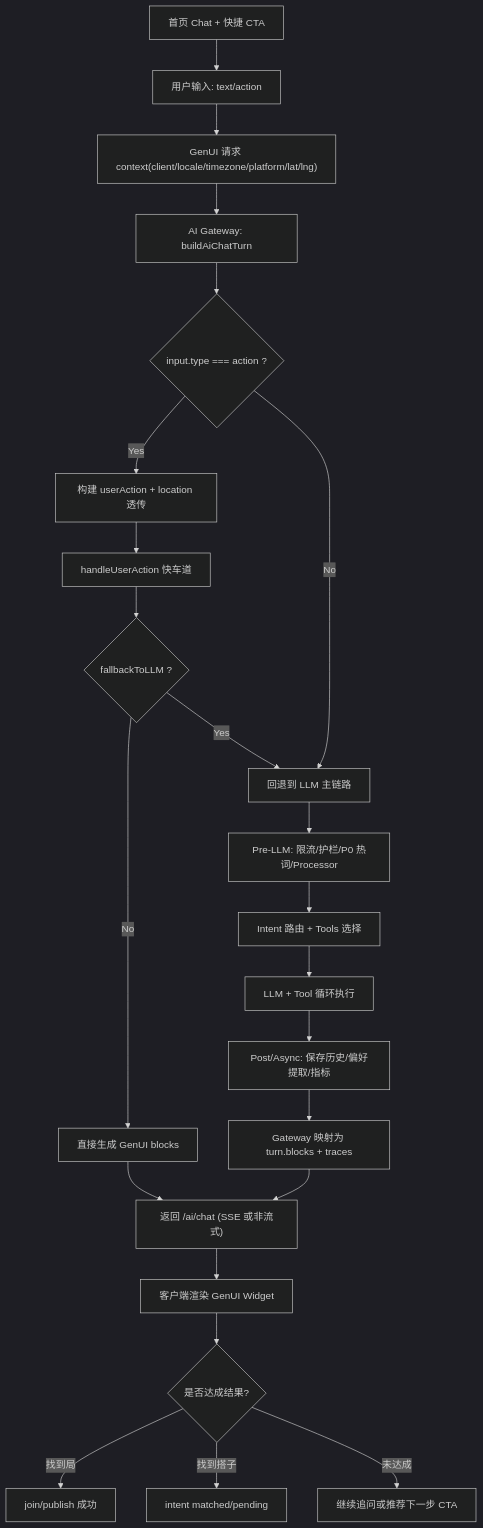
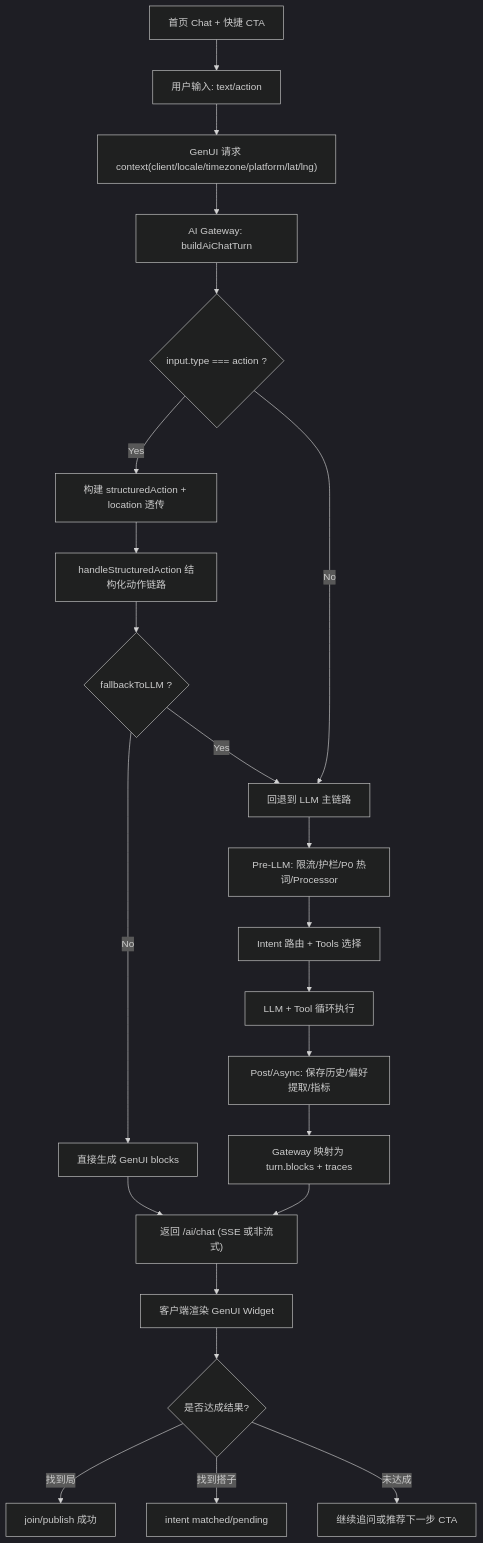
One commit to sylasxu/xu changed the first of 4 diagrams in docs/TAD.md. Above: the diagram before and after it, drawn with Mermaid (dark theme). The commit also changed other lines of this file and 46 other files, not shown here.

````diff
--- a/docs/TAD.md
+++ b/docs/TAD.md
@@ -2022,29 +2022,29 @@
 ```mermaid
 flowchart TD
     A["首页 Chat + 快捷 CTA"] --> B["用户输入: text/action"]
     B --> C["GenUI 请求 context(client/locale/timezone/platform/lat/lng)"]
     C --> D["AI Gateway: buildAiChatTurn"]
 
     D --> E{"input.type === action ?"}
-    E -->|Yes| F["构建 userAction + location 透传"]
-    F --> G["handleUserAction 快车道"]
+    E -->|Yes| F["构建 structuredAction + location 透传"]
+    F --> G["handleStructuredAction 结构化动作链路"]
     G --> H{"fallbackToLLM ?"}
     H -->|No| I["直接生成 GenUI blocks"]
     H -->|Yes| J["回退到 LLM 主链路"]
 
     E -->|No| J
 
     J --> K["Pre-LLM: 限流/护栏/P0 热词/Processor"]
     K --> L["Intent 路由 + Tools 选择"]
     L --> M["LLM + Tool 循环执行"]
     M --> N["Post/Async: 保存历史/偏好提取/指标"]
     N --> O["Gateway 映射为 turn.blocks + traces"]
 
     I --> P["返回 /ai/chat (SSE 或非流式)"]
     O --> P
     P --> Q["客户端渲染 GenUI Widget"]
     Q --> R{"是否达成结果?"}
     R -->|找到局| S["join/publish 成功"]
     R -->|找到搭子| T["intent matched/pending"]
     R -->|未达成| U["继续追问或推荐下一步 CTA"]
 ```
````
